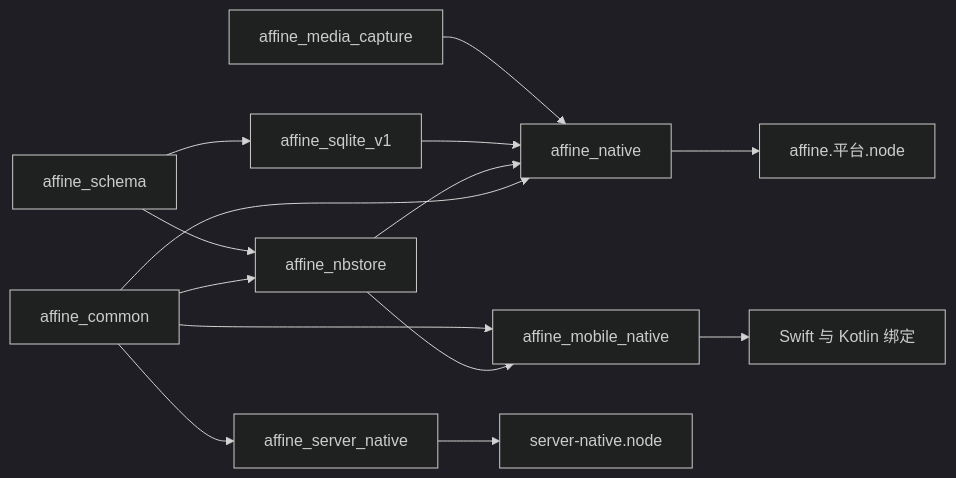
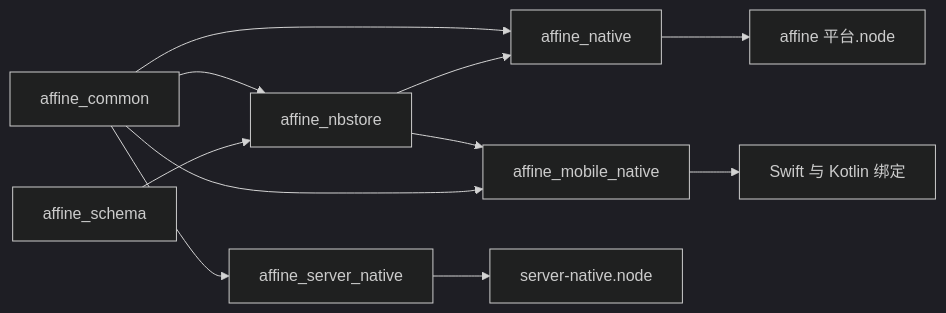
Before and after one commit to lfire/AFFiNE: the third of 3 diagrams in learning-guide/slides/decks/09.md, drawn with Mermaid (dark theme). The commit also changed other lines of this file and 46 other files, not shown here.

````diff
--- a/learning-guide/slides/decks/09.md
+++ b/learning-guide/slides/decks/09.md
@@ -336,16 +347,13 @@
 ```mermaid
 flowchart LR
-  common[affine_common] --> servernative[affine_server_native]
-  common --> nbstoreRs[affine_nbstore]
-  common --> native[affine_native]
-  schema[affine_schema] --> nbstoreRs
-  schema --> sqlite[affine_sqlite_v1]
+  common["affine_common"] --> servernative["affine_server_native"]
+  common --> nbstoreRs["affine_nbstore"]
+  common --> native["affine_native"]
+  schema["affine_schema"] --> nbstoreRs
   nbstoreRs --> native
-  sqlite --> native
-  media[affine_media_capture] --> native
-  nbstoreRs --> mobile[affine_mobile_native]
+  nbstoreRs --> mobile["affine_mobile_native"]
   common --> mobile
   servernative --> jsS["server-native.node"]
-  native --> jsN["affine.平台.node"]
+  native --> jsN["affine 平台.node"]
   mobile --> swift["Swift 与 Kotlin 绑定"]
 ```
````
